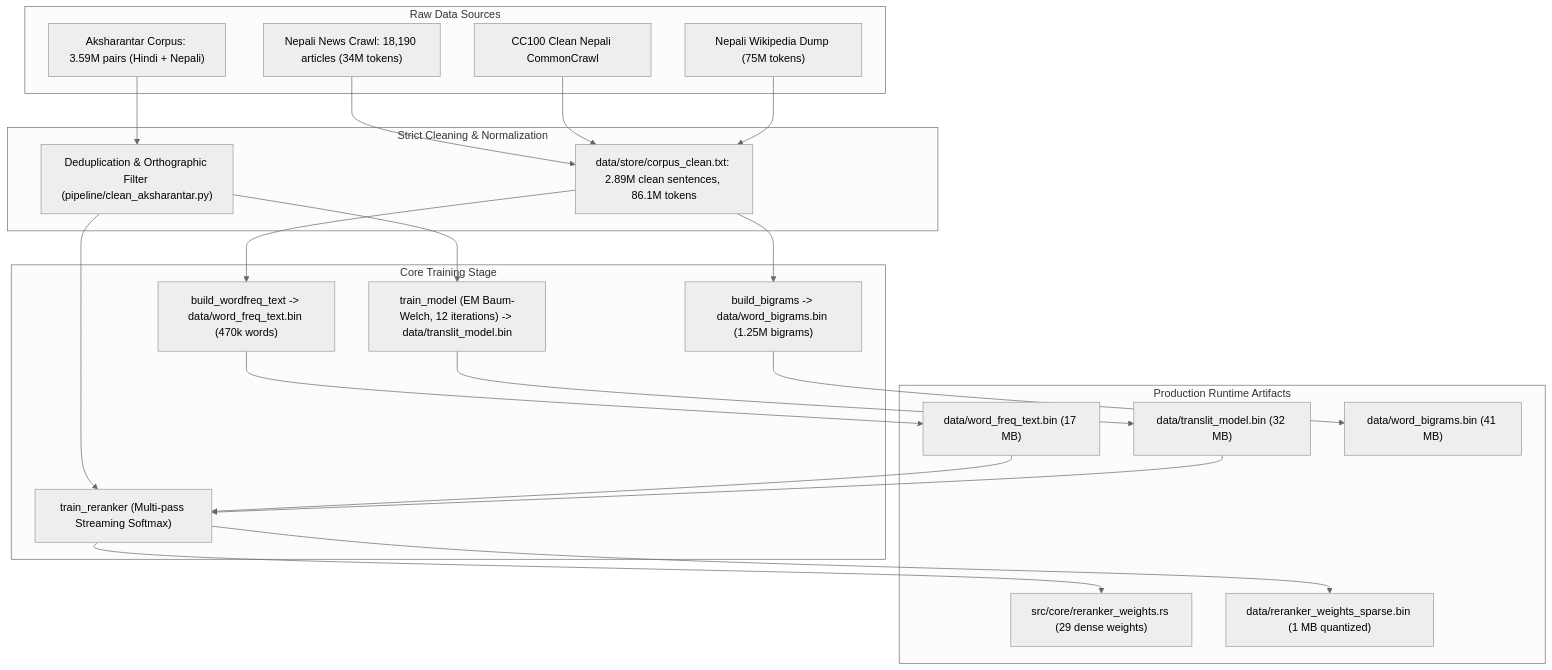
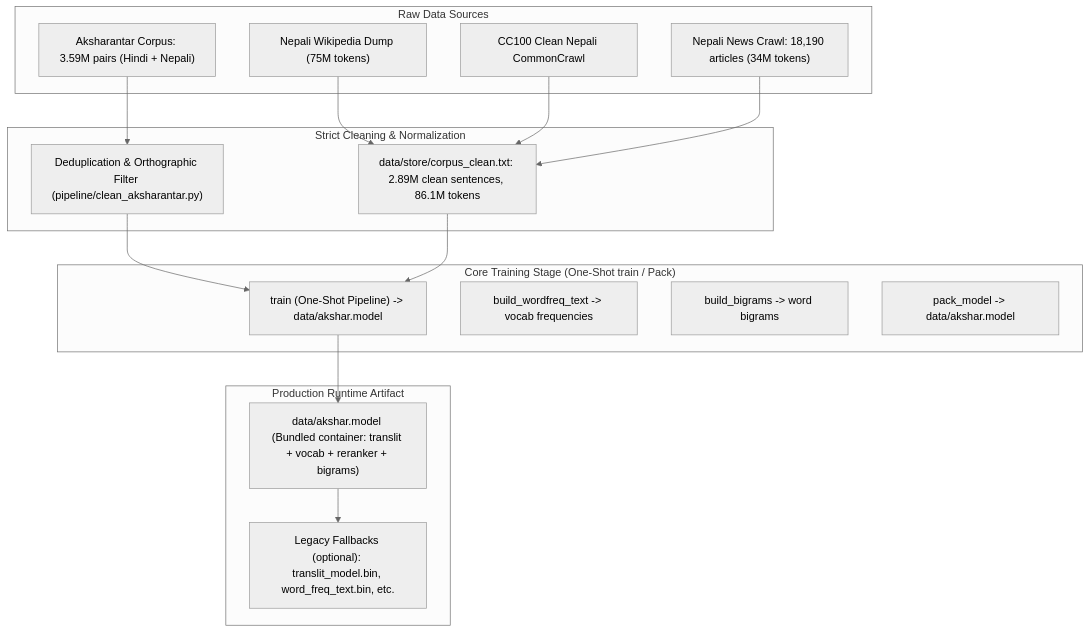
Before and after one commit to sapienskid/akshar-ime: the third of 3 diagrams in docs/ARCHITECTURE.md, drawn with Mermaid (neutral theme). The commit also changed other lines of this file and 30 other files, not shown here.

First line of the commit message:
Unify model architecture, streamline training, and purge obsolete binaries

````diff
--- a/docs/ARCHITECTURE.md
+++ b/docs/ARCHITECTURE.md
@@ -144,45 +144,35 @@
 ```mermaid
 graph TD
     subgraph Data_Sources ["Raw Data Sources"]
         Aksharantar["Aksharantar Corpus: 3.59M pairs (Hindi + Nepali)"]
         Wikipedia["Nepali Wikipedia Dump (75M tokens)"]
         CC100["CC100 Clean Nepali CommonCrawl"]
         NewsCrawl["Nepali News Crawl: 18,190 articles (34M tokens)"]
     end
 
     subgraph Data_Cleaning ["Strict Cleaning & Normalization"]
         Dedup["Deduplication & Orthographic Filter (pipeline/clean_aksharantar.py)"]
         CorpusText["data/store/corpus_clean.txt: 2.89M clean sentences, 86.1M tokens"]
     end
 
-    subgraph Artifact_Generators ["Core Training Stage"]
-        BuildVocab["build_wordfreq_text -> data/word_freq_text.bin (470k words)"]
-        BuildBigrams["build_bigrams -> data/word_bigrams.bin (1.25M bigrams)"]
-        TrainEM["train_model (EM Baum-Welch, 12 iterations) -> data/translit_model.bin"]
-        TrainReranker["train_reranker (Multi-pass Streaming Softmax)"]
+    subgraph Artifact_Generators ["Core Training Stage (One-Shot train / Pack)"]
+        TrainOneShot["train (One-Shot Pipeline) -> data/akshar.model"]
+        BuildVocab["build_wordfreq_text -> vocab frequencies"]
+        BuildBigrams["build_bigrams -> word bigrams"]
+        PackModel["pack_model -> data/akshar.model"]
     end
 
-    subgraph Output_Artifacts ["Production Runtime Artifacts"]
-        TranslitBin["data/translit_model.bin (32 MB)"]
-        FreqBin["data/word_freq_text.bin (17 MB)"]
-        BigramBin["data/word_bigrams.bin (41 MB)"]
-        RerankerRS["src/core/reranker_weights.rs (29 dense weights)"]
-        RerankerSparse["data/reranker_weights_sparse.bin (1 MB quantized)"]
+    subgraph Output_Artifacts ["Production Runtime Artifact"]
+        UnifiedModel["data/akshar.model (Bundled container: translit + vocab + reranker + bigrams)"]
+        LegacyBins["Legacy Fallbacks (optional): translit_model.bin, word_freq_text.bin, etc."]
     end
 
     Aksharantar --> Dedup
     Wikipedia --> CorpusText
     CC100 --> CorpusText
     NewsCrawl --> CorpusText
-    Dedup --> TrainEM
-    CorpusText --> BuildVocab
-    CorpusText --> BuildBigrams
-    TrainEM --> TranslitBin
-    BuildVocab --> FreqBin
-    BuildBigrams --> BigramBin
-    Dedup --> TrainReranker
-    TranslitBin --> TrainReranker
-    FreqBin --> TrainReranker
-    TrainReranker --> RerankerRS
-    TrainReranker --> RerankerSparse
+    Dedup --> TrainOneShot
+    CorpusText --> TrainOneShot
+    TrainOneShot --> UnifiedModel
+    UnifiedModel --> LegacyBins
 ```
````
